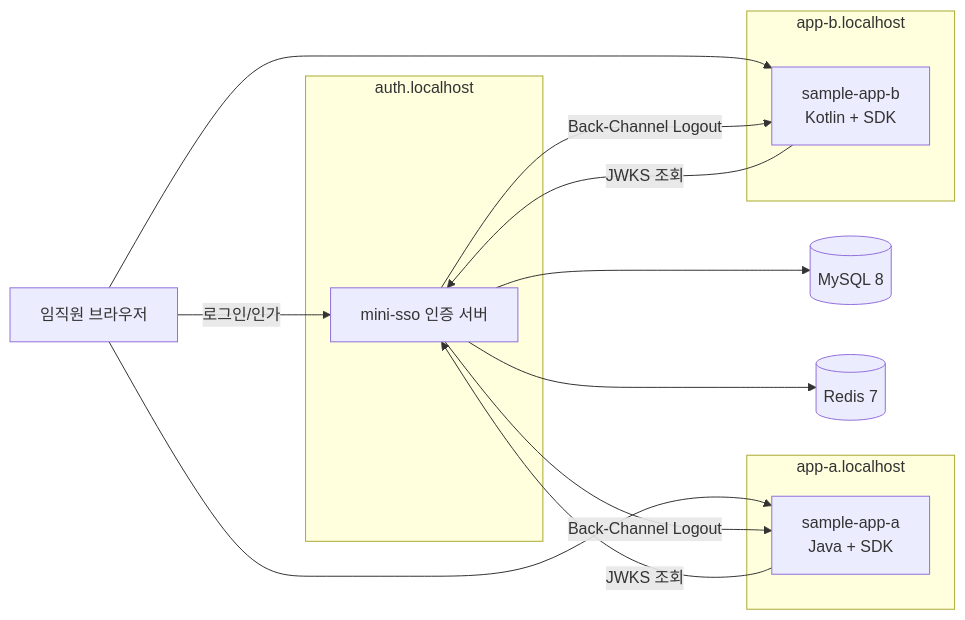
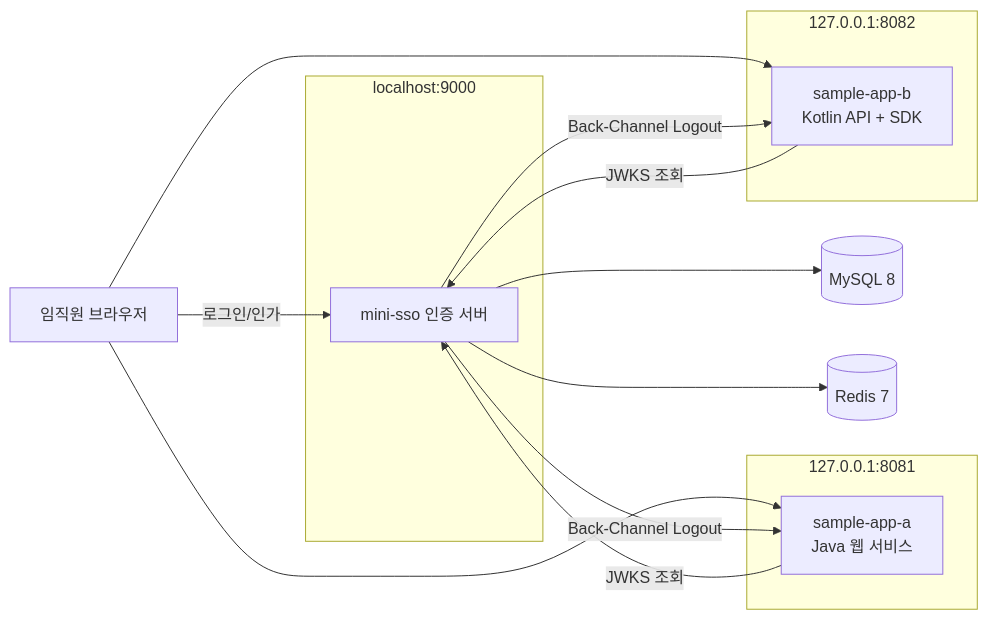
The first of 6 diagrams in docs/DESIGN.md (kang30984/mini-sso), drawn with Mermaid before and after one commit. The commit also changed other lines of this file and 1 other file, not shown here.

````diff
--- a/docs/DESIGN.md
+++ b/docs/DESIGN.md
@@ -42,25 +44,25 @@
 ```mermaid
 flowchart LR
     U[임직원 브라우저]
-    subgraph Auth["auth.localhost"]
+    subgraph Auth["localhost:9000"]
         AS[mini-sso 인증 서버]
     end
-    subgraph SvcA["app-a.localhost"]
-        A[sample-app-a<br/>Java + SDK]
+    subgraph SvcA["127.0.0.1:8081"]
+        A[sample-app-a<br/>Java 웹 서비스]
     end
-    subgraph SvcB["app-b.localhost"]
-        B[sample-app-b<br/>Kotlin + SDK]
+    subgraph SvcB["127.0.0.1:8082"]
+        B[sample-app-b<br/>Kotlin API + SDK]
     end
     DB[(MySQL 8)]
     R[(Redis 7)]
 
     U -->|로그인/인가| AS
     U --> A
     U --> B
     A -->|JWKS 조회| AS
     B -->|JWKS 조회| AS
     AS -->|Back-Channel Logout| A
     AS -->|Back-Channel Logout| B
     AS --> DB
     AS --> R
 ```
````
